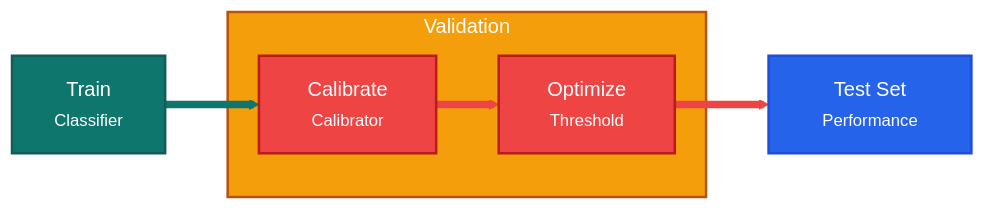
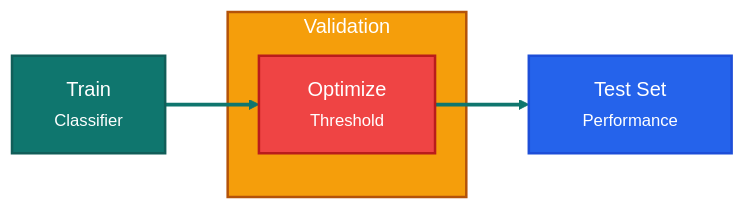
One commit to Pablo-Molla-Charlez/SecondaryModel changed the third of 3 diagrams in README.md. Above: the diagram before and after it, drawn with Mermaid. The commit also changed other lines of this file and 1 other file, not shown here.

````diff
--- a/README.md
+++ b/README.md
@@ -84,19 +82,15 @@
 ```mermaid
 %%{init: {'theme': 'base', 'themeVariables': { 'primaryColor': '#0f766e', 'primaryBorderColor': '#115e59', 'primaryTextColor': '#ffffff', 'secondaryColor': '#f59e0b', 'tertiaryColor': '#dbeafe', 'lineColor': '#0f172a', 'background': '#ffffff'}}}%%
 flowchart LR
     subgraph Validation ["Validation<br/><br/><br/><br/>"]
-        B["&nbsp;&nbsp;Calibrate&nbsp;&nbsp;<br/><small>Calibrator</small>"]:::opt
         C["&nbsp;&nbsp;Optimize&nbsp;&nbsp;<br/><small>Threshold</small>"]:::opt
-        B --> C
     end
     style Validation fill:#f59e0b,stroke:#b45309,stroke-width:2px,color:#ffffff
-    A["&nbsp;&nbsp;&nbsp;Train&nbsp;&nbsp;&nbsp;<br/><small>Classifier</small>"]:::train --> B
+    A["&nbsp;&nbsp;&nbsp;Train&nbsp;&nbsp;&nbsp;<br/><small>Classifier</small>"]:::train --> C
     D["&nbsp;&nbsp;&nbsp;&nbsp;&nbsp;Test Set&nbsp;&nbsp;&nbsp;&nbsp;&nbsp;<br/><small>Performance</small>"]:::test
     C --> D
     classDef train fill:#0f766e,stroke:#115e59,color:#ffffff,stroke-width:2px;
     classDef opt   fill:#ef4444,stroke:#b91c1c,color:#ffffff,stroke-width:2px;
     classDef test  fill:#2563eb,stroke:#1d4ed8,color:#ffffff,stroke-width:2px;
-    linkStyle 0 stroke:#ef4444,stroke-width:6px;
-    linkStyle 1 stroke:#0f766e,stroke-width:6px;
-    linkStyle 2 stroke:#ef4444,stroke-width:6px;
+    linkStyle default stroke:#0f766e,stroke-width:3px;
 ```
````
